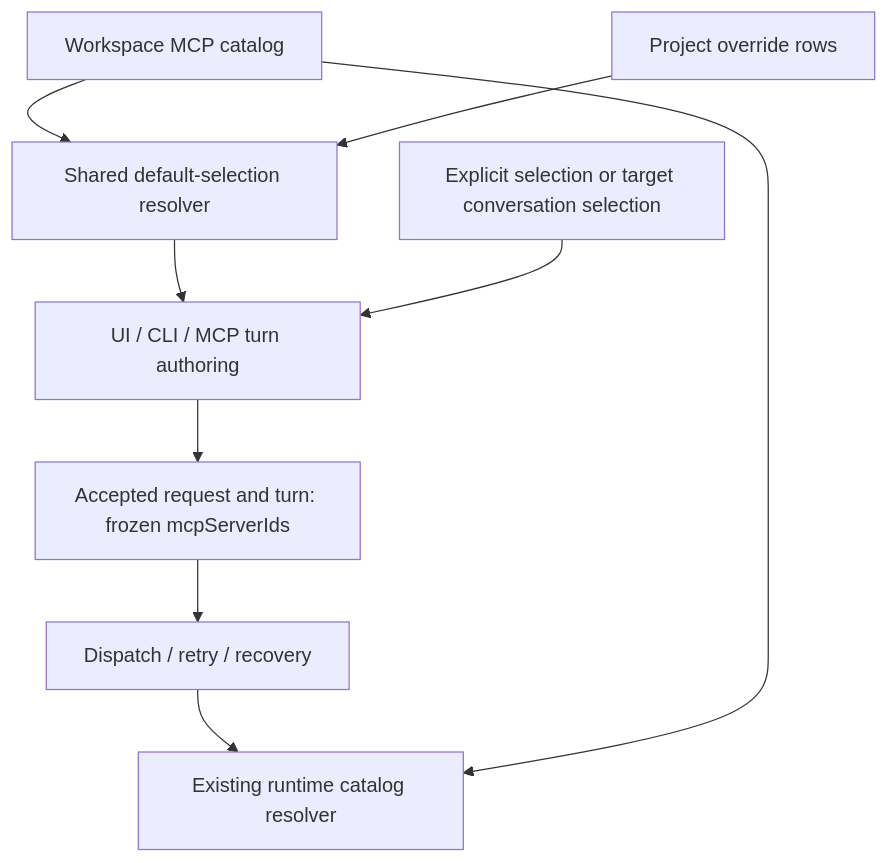
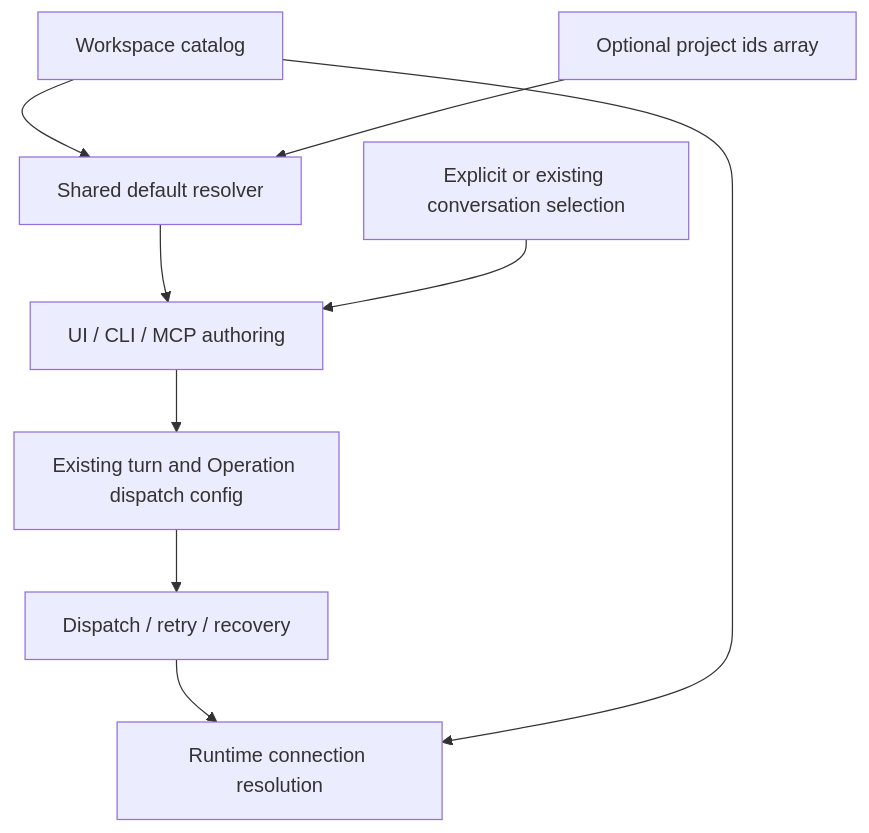
One commit to ACAne0320/Lody changed the diagram in .agents/notes/proposed/architecture/2026-10-09-project-default-mcp.md. Above: the diagram before and after it, drawn with Mermaid. The commit also changed other lines of this file and 21 other files, not shown here.

First line of the commit message:
feat: resolve project MCP defaults when authoring sessions

````diff
--- a/.agents/notes/proposed/architecture/2026-10-09-project-default-mcp.md
+++ b/.agents/notes/proposed/architecture/2026-10-09-project-default-mcp.md
@@ -44,11 +28,11 @@
 ```mermaid
 flowchart TD
-  C[Workspace MCP catalog] --> R[Shared default-selection resolver]
-  P[Project override rows] --> R
-  R --> A[UI / CLI / MCP turn authoring]
-  E[Explicit selection or target conversation selection] --> A
-  A --> F[Accepted request and turn: frozen mcpServerIds]
-  F --> D[Dispatch / retry / recovery]
-  D --> L[Existing runtime catalog resolver]
+  C[Workspace catalog] --> R[Shared default resolver]
+  P[Optional project ids array] --> R
+  R --> A[UI / CLI / MCP authoring]
+  E[Explicit or existing conversation selection] --> A
+  A --> T[Existing turn and Operation dispatch config]
+  T --> D[Dispatch / retry / recovery]
+  D --> L[Runtime connection resolution]
   C --> L
 ```
````
